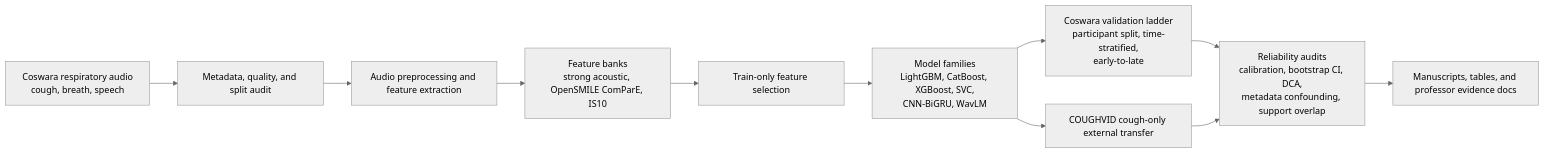
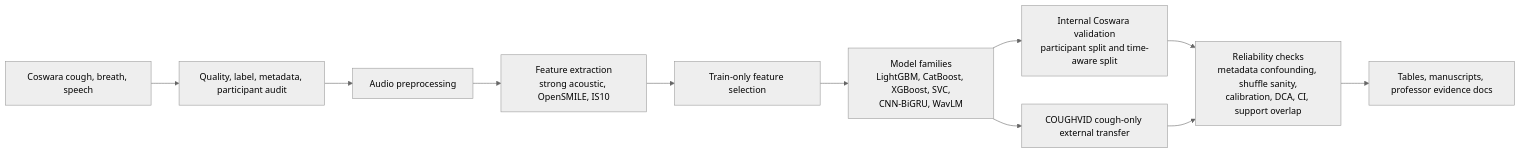
One commit to nishantharkut/Covid-RARS changed the diagram in README.md. Above: the diagram before and after it, drawn with Mermaid (neutral theme). The commit also changed other lines of this file, not shown here.

Commit message:
Improve COVID audio README

````diff
--- a/README.md
+++ b/README.md
@@ -37,13 +101,13 @@
 ```mermaid
 flowchart LR
-    A["Coswara respiratory audio<br/>cough, breath, speech"] --> B["Metadata, quality, and split audit"]
-    B --> C["Audio preprocessing and feature extraction"]
-    C --> D["Feature banks<br/>strong acoustic, OpenSMILE ComParE, IS10"]
+    A["Coswara cough, breath, speech"] --> B["Quality, label, metadata, participant audit"]
+    B --> C["Audio preprocessing"]
+    C --> D["Feature extraction<br/>strong acoustic, OpenSMILE, IS10"]
     D --> E["Train-only feature selection"]
     E --> F["Model families<br/>LightGBM, CatBoost, XGBoost, SVC,<br/>CNN-BiGRU, WavLM"]
-    F --> G["Coswara validation ladder<br/>participant split, time-stratified,<br/>early-to-late"]
+    F --> G["Internal Coswara validation<br/>participant split and time-aware split"]
     F --> H["COUGHVID cough-only external transfer"]
-    G --> I["Reliability audits<br/>calibration, bootstrap CI, DCA,<br/>metadata confounding, support overlap"]
+    G --> I["Reliability checks<br/>metadata confounding, shuffle sanity,<br/>calibration, DCA, CI, support overlap"]
     H --> I
-    I --> J["Manuscripts, tables, and professor evidence docs"]
+    I --> J["Tables, manuscripts, professor evidence docs"]
 ```
````
